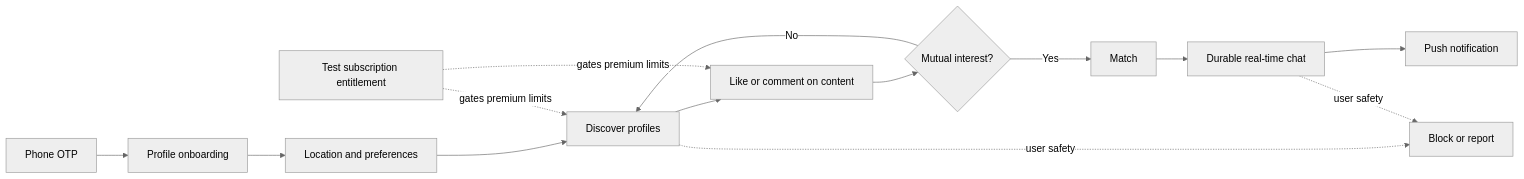
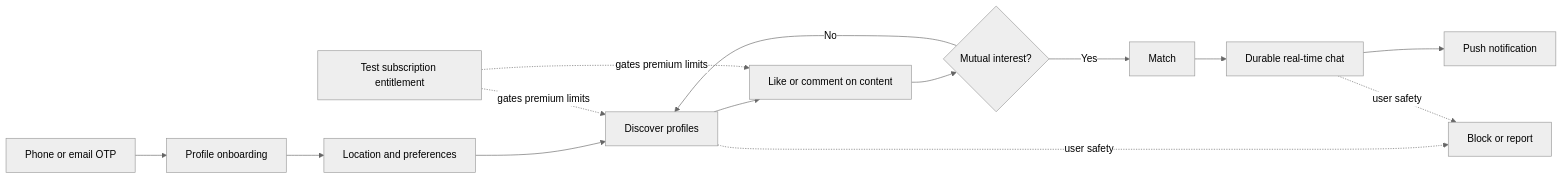
One commit to jackedengineer/pro-date changed the first of 2 diagrams in README.md. Above: the diagram before and after it, drawn with Mermaid (neutral theme). The commit also changed other lines of this file, not shown here.

Commit message:
docs: document email OTP setup

````diff
--- a/README.md
+++ b/README.md
@@ -36,17 +36,17 @@
 ```mermaid
 flowchart LR
-    A[Phone OTP] --> B[Profile onboarding]
+    A[Phone or email OTP] --> B[Profile onboarding]
     B --> C[Location and preferences]
     C --> D[Discover profiles]
     D --> E[Like or comment on content]
     E --> F{Mutual interest?}
     F -- No --> D
     F -- Yes --> G[Match]
     G --> H[Durable real-time chat]
     H --> I[Push notification]
 
     D -. user safety .-> J[Block or report]
     H -. user safety .-> J
     K[Test subscription entitlement] -. gates premium limits .-> D
     K -. gates premium limits .-> E
 ```
````
